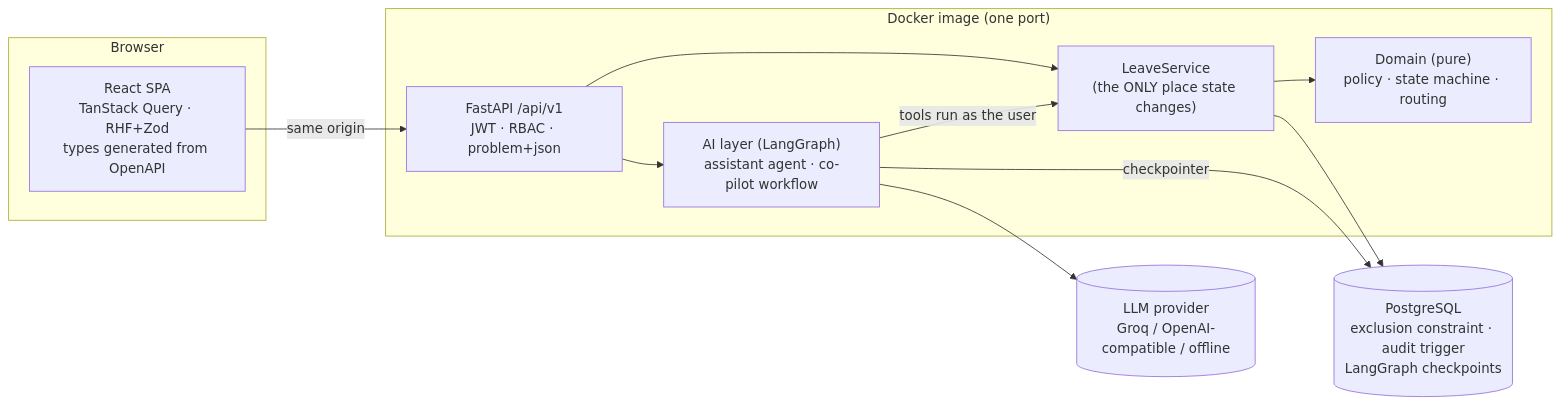
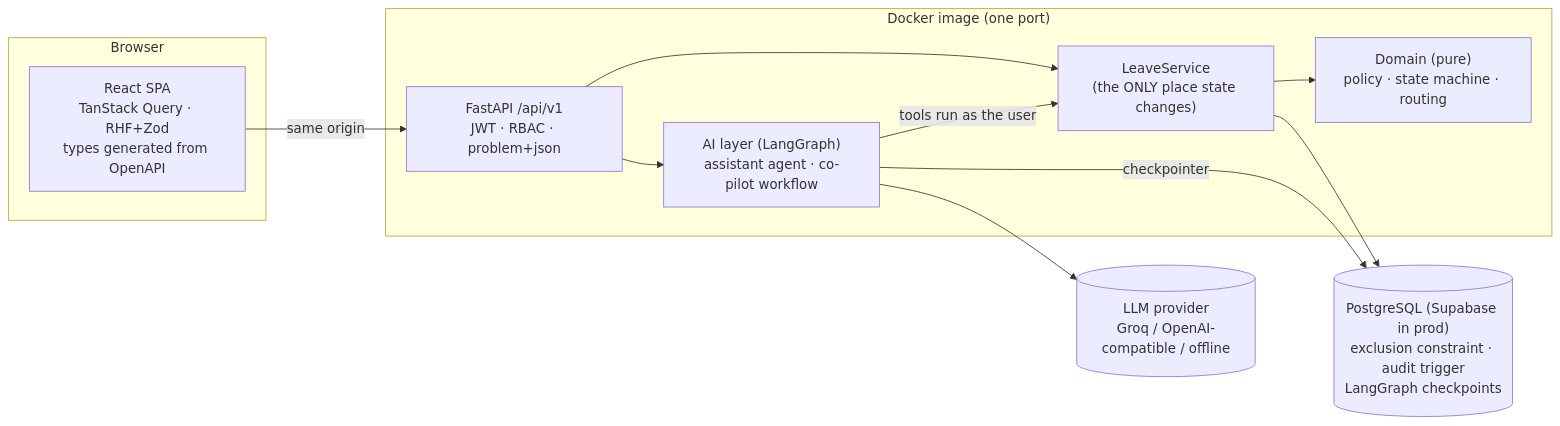
One commit to Achindra2003/akasa-leave-management changed the first of 4 diagrams in README.md. Above: the diagram before and after it, drawn with Mermaid. The commit also changed other lines of this file and 4 other files, not shown here.

````diff
--- a/README.md
+++ b/README.md
@@ -71,20 +89,20 @@
 ```mermaid
 flowchart LR
   subgraph Browser
     SPA["React SPA<br/>TanStack Query · RHF+Zod<br/>types generated from OpenAPI"]
   end
   subgraph Container["Docker image (one port)"]
     API["FastAPI /api/v1<br/>JWT · RBAC · problem+json"]
     SVC["LeaveService<br/>(the ONLY place state changes)"]
     DOM["Domain (pure)<br/>policy · state machine · routing"]
     AI["AI layer (LangGraph)<br/>assistant agent · co-pilot workflow"]
   end
   LLM[("LLM provider<br/>Groq / OpenAI-compatible / offline")]
-  PG[("PostgreSQL<br/>exclusion constraint · audit trigger<br/>LangGraph checkpoints")]
+  PG[("PostgreSQL (Supabase in prod)<br/>exclusion constraint · audit trigger<br/>LangGraph checkpoints")]
 
   SPA -- "same origin" --> API --> SVC --> DOM
   API --> AI -- "tools run as the user" --> SVC
   AI --> LLM
   SVC --> PG
   AI -- "checkpointer" --> PG
 ```
````
